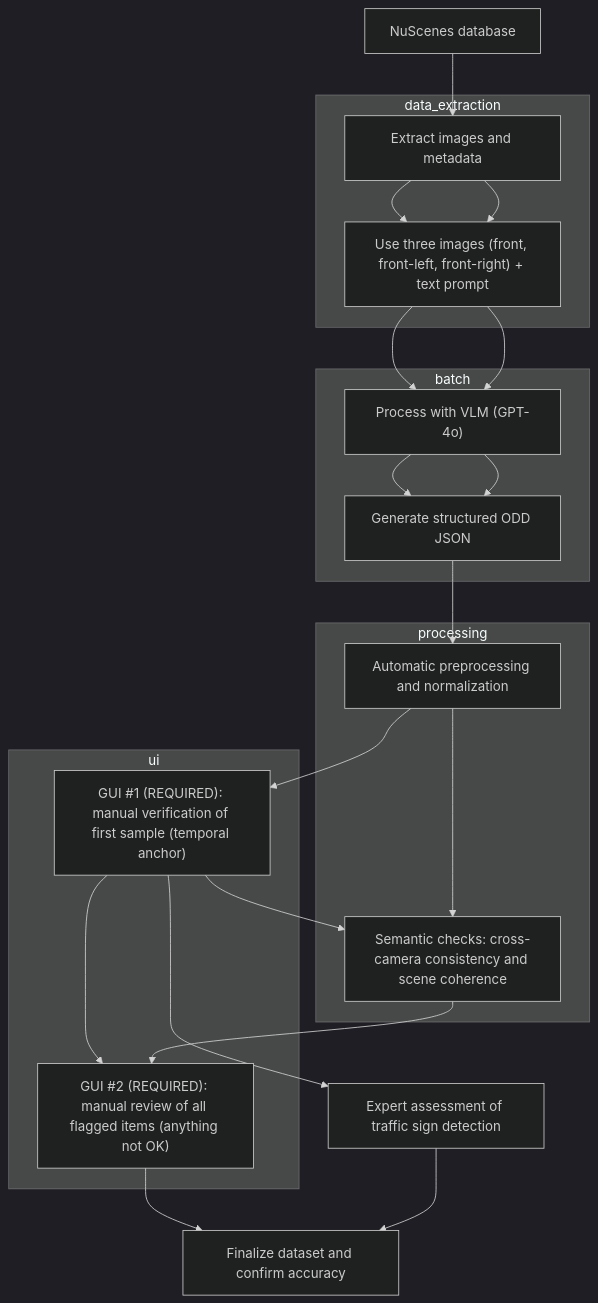
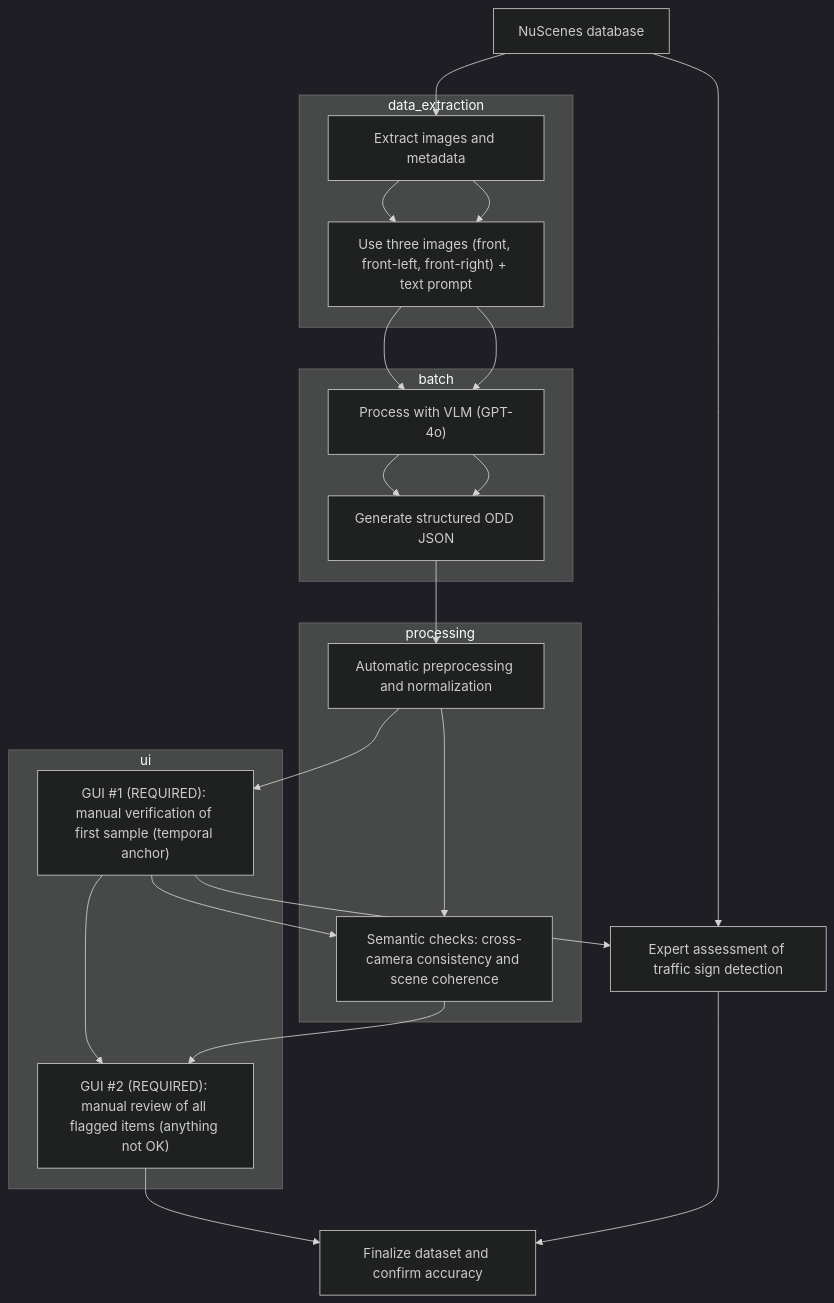
The diagram in README.md (mchouai27/vlm-odd-pipeline), drawn with Mermaid (dark theme) before and after one commit. The commit also changed other lines of this file, not shown here.

````diff
--- a/README.md
+++ b/README.md
@@ -11,33 +11,37 @@
 ```mermaid
 flowchart TB
   NUSC[NuScenes database]
   EXTRACT["Extract images and metadata"]
   THREE["Use three images (front, front-left, front-right) + text prompt"]
   VLM["Process with VLM (GPT-4o)"]
   ODD["Generate structured ODD JSON"]
   PREP["Automatic preprocessing and normalization"]
   GUI1["GUI #1 (REQUIRED): manual verification of first sample (temporal anchor)"]
   SEM["Semantic checks: cross-camera consistency and scene coherence"]
   GUI2["GUI #2 (REQUIRED): manual review of all flagged items (anything not OK)"]
   FINAL["Finalize dataset and confirm accuracy"]
   EXPERT["Expert assessment of traffic sign detection"]
 
   subgraph "data_extraction"
     EXTRACT --> THREE
   end
 
   subgraph "batch"
     THREE --> VLM --> ODD
   end
 
   subgraph "processing"
     PREP --> SEM
   end
 
   subgraph "ui"
     GUI1 --> GUI2
   end
 
+  %% Main pipeline flow (corrected order)
   NUSC --> EXTRACT --> THREE --> VLM --> ODD --> PREP --> GUI1 --> SEM --> GUI2 --> FINAL
+
+  %% Additional connections
   GUI1 --> EXPERT --> FINAL
+  NUSC --> EXPERT
 ```
````
